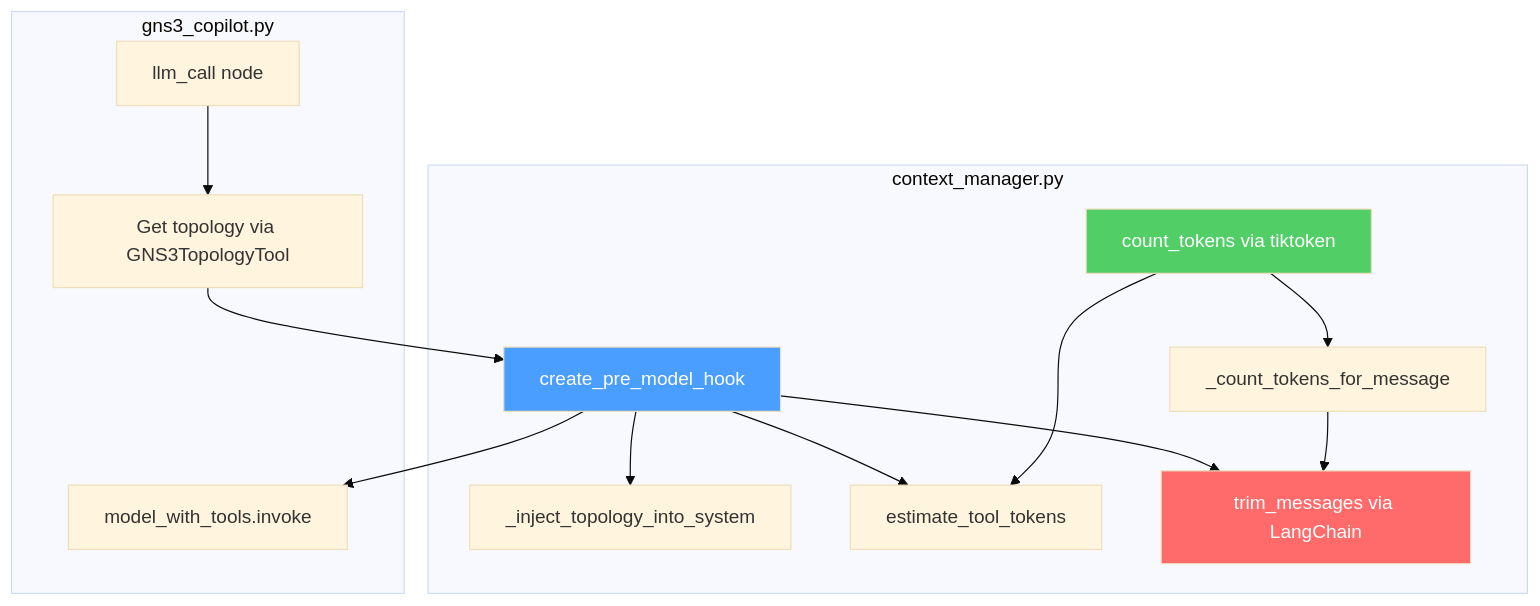
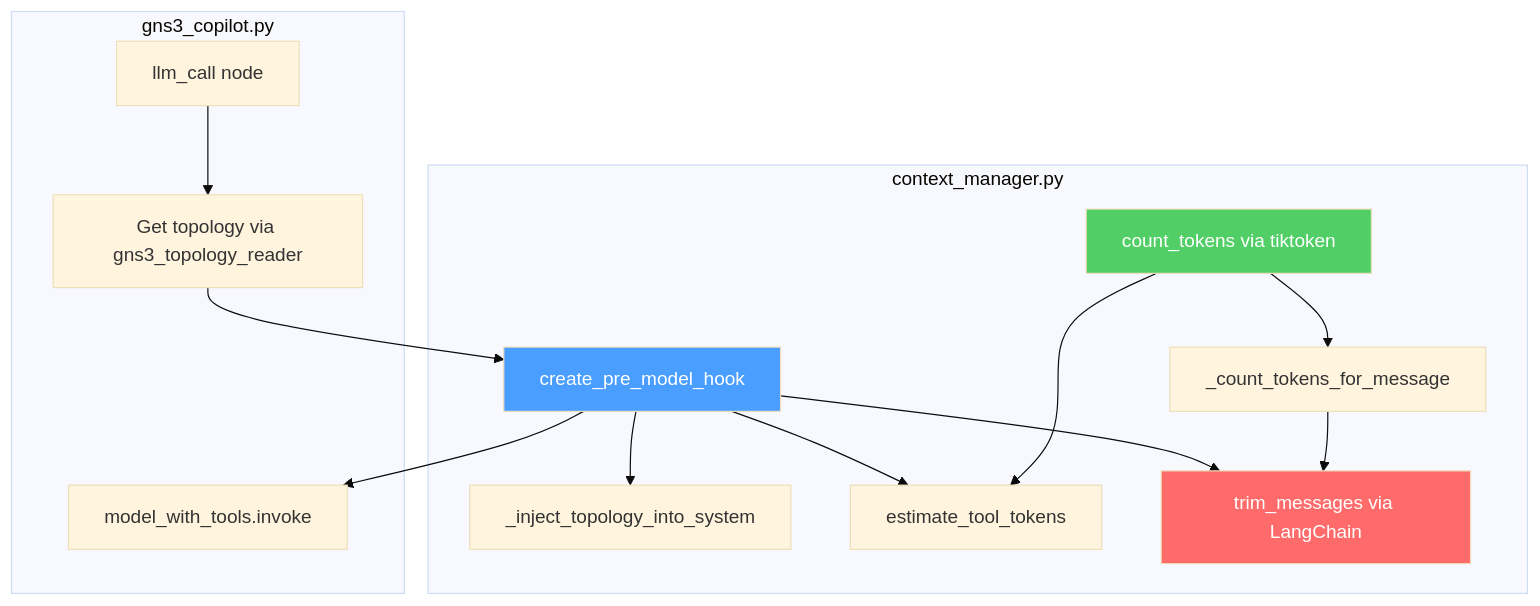
Before and after one commit to GNS3/gns3-server: the first of 3 diagrams in docs/gns3-copilot/implemented/context-window-management.md, drawn with Mermaid (base theme). The commit also changed other lines of this file and 33 other files, not shown here.

````diff
--- a/docs/gns3-copilot/implemented/context-window-management.md
+++ b/docs/gns3-copilot/implemented/context-window-management.md
@@ -17,22 +17,22 @@
 ```mermaid
 graph TD
     subgraph "context_manager.py"
         A[create_pre_model_hook] --> B[_inject_topology_into_system]
         A --> C[estimate_tool_tokens]
         A --> D[trim_messages via LangChain]
         E[count_tokens via tiktoken]
         E --> C
         E --> F[_count_tokens_for_message]
         F --> D
     end
 
     subgraph "gns3_copilot.py"
-        G[llm_call node] --> H[Get topology via GNS3TopologyTool]
+        G[llm_call node] --> H[Get topology via gns3_topology_reader]
         H --> A
         A --> I[model_with_tools.invoke]
     end
 
     style A fill:#4a9eff,color:#fff
     style D fill:#ff6b6b,color:#fff
     style E fill:#51cf66,color:#fff
 ```
````
